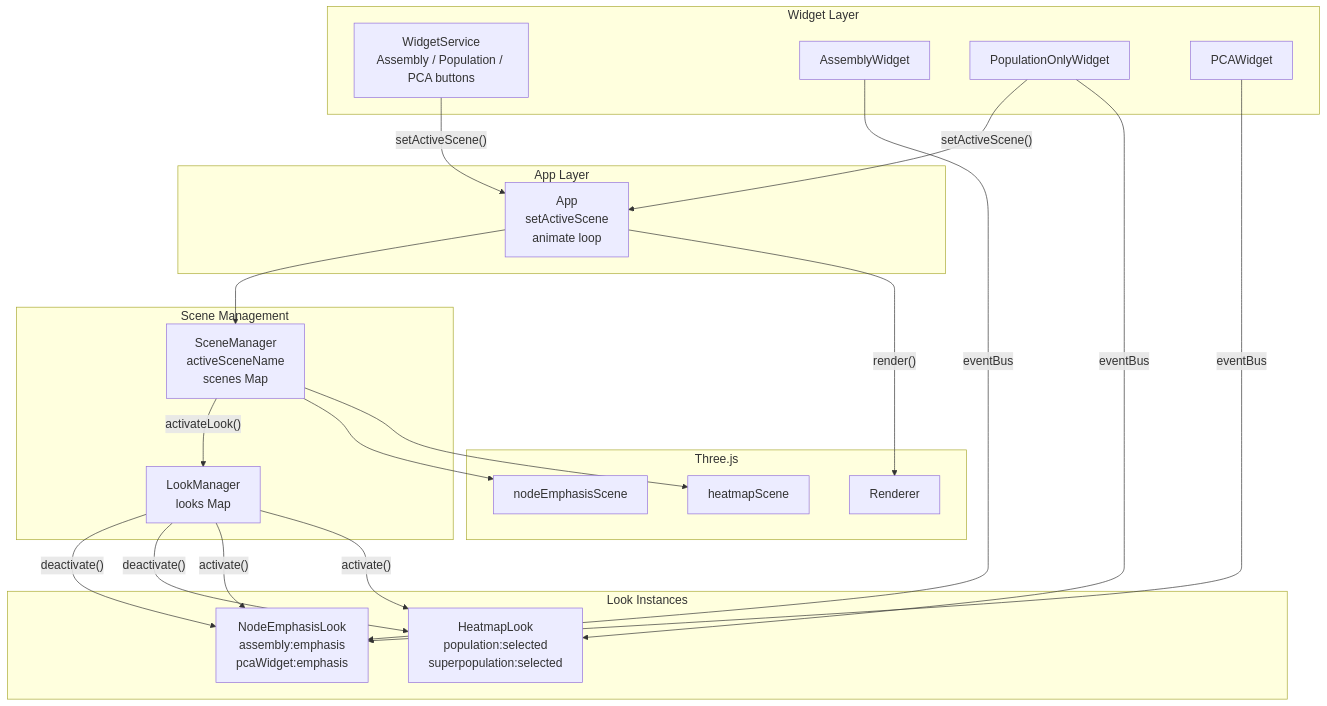
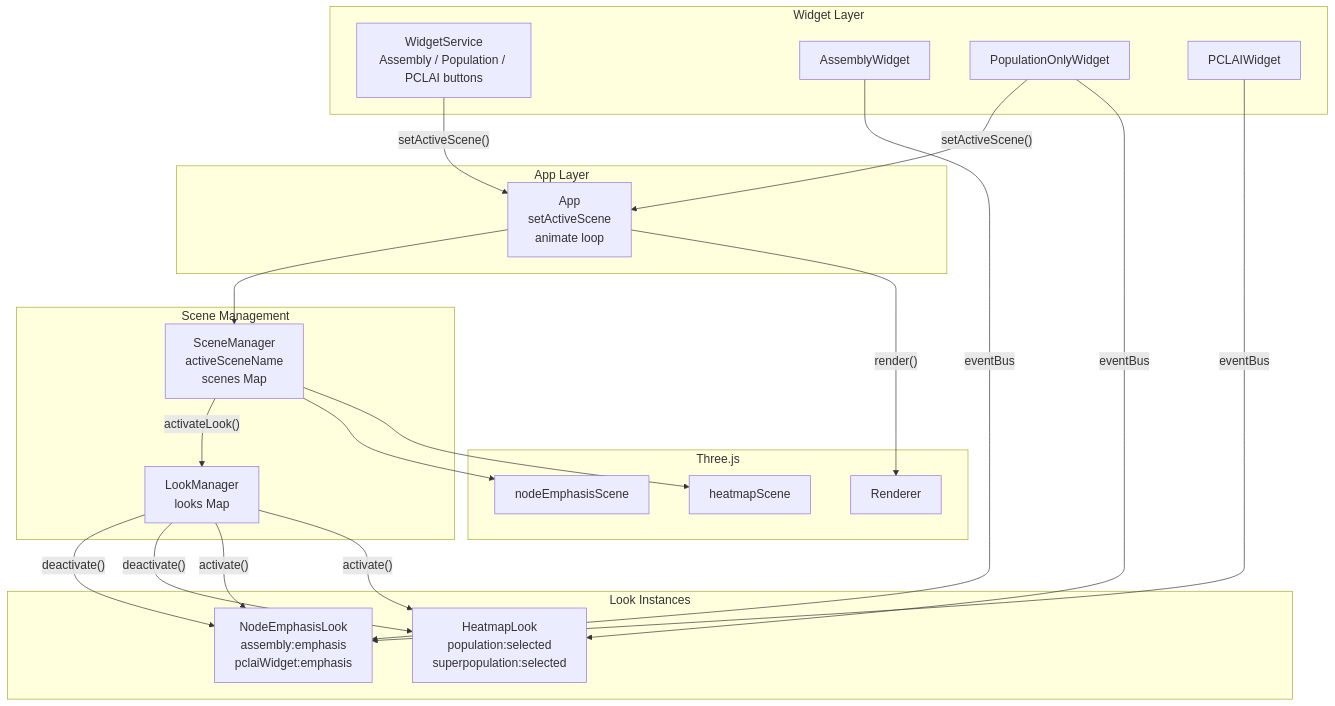
One commit to CAST-genomics/pgb changed the first of 5 diagrams in notes/architecture/look/look-scene-switch-interaction-diagram.md. Above: the diagram before and after it, drawn with Mermaid. The commit also changed other lines of this file and 40 other files, not shown here.

First line of the commit message:
Rename PCA → PCLAI across code and docs

````diff
--- a/notes/architecture/look/look-scene-switch-interaction-diagram.md
+++ b/notes/architecture/look/look-scene-switch-interaction-diagram.md
@@ -16,46 +16,46 @@
 ```mermaid
 %%{init: {'themeVariables': {'fontSize': '18px', 'fontFamily': 'arial'}, 'flowchart': {'nodeSpacing': 60, 'rankSpacing': 50}}}%%
 flowchart TB
     subgraph Widgets["Widget Layer"]
-        WS[WidgetService<br/>Assembly / Population / PCA buttons]
+        WS[WidgetService<br/>Assembly / Population / PCLAI buttons]
         AW[AssemblyWidget]
         PW[PopulationOnlyWidget]
-        PCAW[PCAWidget]
+        PCLAIW[PCLAIWidget]
     end
 
     subgraph AppLayer["App Layer"]
         APP[App<br/>setActiveScene<br/>animate loop]
     end
 
     subgraph SceneLayer["Scene Management"]
         SM[SceneManager<br/>activeSceneName<br/>scenes Map]
         LM[LookManager<br/>looks Map]
     end
 
     subgraph Looks["Look Instances"]
-        NEL[NodeEmphasisLook<br/>assembly:emphasis<br/>pcaWidget:emphasis]
+        NEL[NodeEmphasisLook<br/>assembly:emphasis<br/>pclaiWidget:emphasis]
         HL[HeatmapLook<br/>population:selected<br/>superpopulation:selected]
     end
 
     subgraph ThreeJS["Three.js"]
         NES[nodeEmphasisScene]
         HS[heatmapScene]
         REN[Renderer]
     end
 
     WS -->|"setActiveScene()"| APP
     PW -->|"setActiveScene()"| APP
     APP --> SM
     SM -->|"activateLook()"| LM
     LM -->|"deactivate()"| NEL
     LM -->|"deactivate()"| HL
     LM -->|"activate()"| NEL
     LM -->|"activate()"| HL
     SM --> NES
     SM --> HS
     APP -->|"render()"| REN
 
     AW -->|"eventBus"| NEL
-    PCAW -->|"eventBus"| NEL
+    PCLAIW -->|"eventBus"| NEL
     PW -->|"eventBus"| HL
 ```
````
